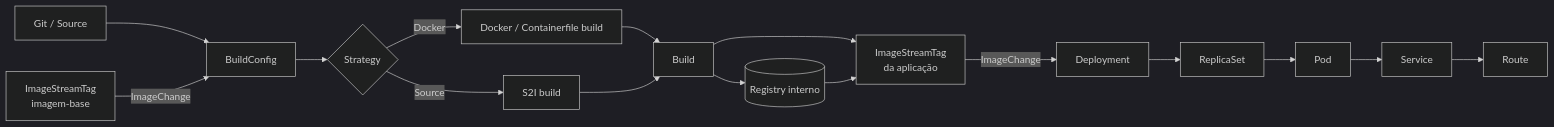
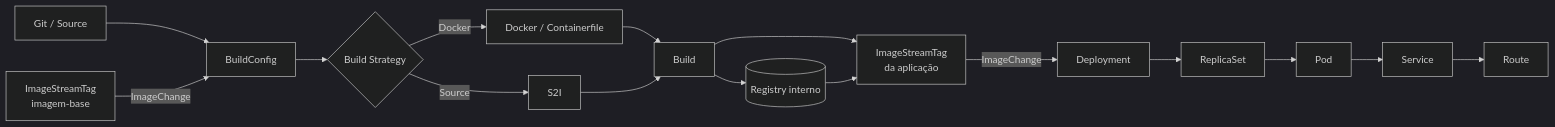
One commit to fmonticelli/ex288-labs changed the first of 9 diagrams in mindmap/README.md. Above: the diagram before and after it, drawn with Mermaid (dark theme). The commit also changed other lines of this file and 1 other file, not shown here.

````diff
--- a/mindmap/README.md
+++ b/mindmap/README.md
@@ -21,25 +24,24 @@
 ```mermaid
 flowchart LR
     GIT[Git / Source] --> BC[BuildConfig]
-
     BASE[ImageStreamTag<br/>imagem-base] -->|ImageChange| BC
 
-    BC --> STRAT{Strategy}
-    STRAT -->|Docker| DOCKER[Docker / Containerfile build]
-    STRAT -->|Source| S2I[S2I build]
+    BC --> STRAT{Build Strategy}
+    STRAT -->|Docker| DOCKER[Docker / Containerfile]
+    STRAT -->|Source| S2I[S2I]
 
     DOCKER --> BUILD[Build]
     S2I --> BUILD
 
     BUILD --> APPIS[ImageStreamTag<br/>da aplicação]
     APPIS -->|ImageChange| DEPLOY[Deployment]
 
     DEPLOY --> RS[ReplicaSet]
     RS --> POD[Pod]
     POD --> SVC[Service]
     SVC --> ROUTE[Route]
 
     REG[(Registry interno)]
     BUILD --> REG
     REG --> APPIS
 ```
````
